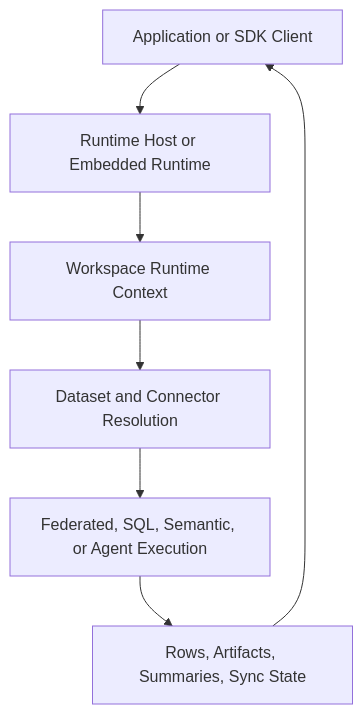
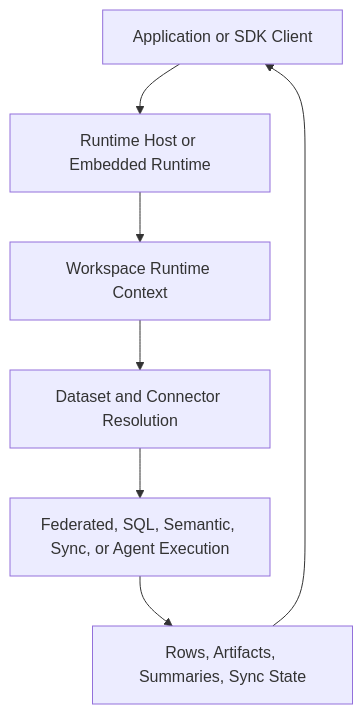
The diagram in docs/architecture/overview.md (langbridgedev/langbridge), drawn with Mermaid before and after one commit. The commit also changed other lines of this file and 19 other files, not shown here.

````diff
--- a/docs/architecture/overview.md
+++ b/docs/architecture/overview.md
@@ -23,9 +21,9 @@
 ```mermaid
 flowchart TD
     APP[Application or SDK Client] --> HOST[Runtime Host or Embedded Runtime]
     HOST --> CTX[Workspace Runtime Context]
     CTX --> DATA[Dataset and Connector Resolution]
-    DATA --> EXEC[Federated, SQL, Semantic, or Agent Execution]
+    DATA --> EXEC[Federated, SQL, Semantic, Sync, or Agent Execution]
     EXEC --> RES[Rows, Artifacts, Summaries, Sync State]
     RES --> APP
 ```
````
